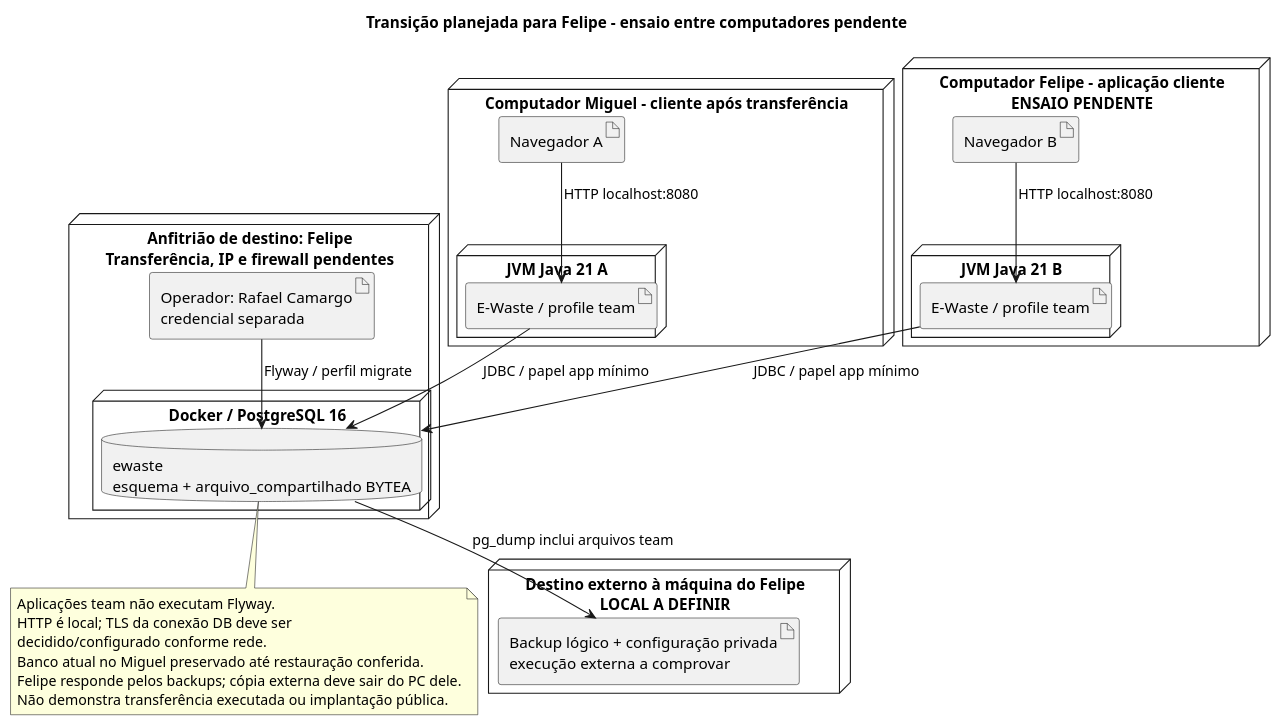
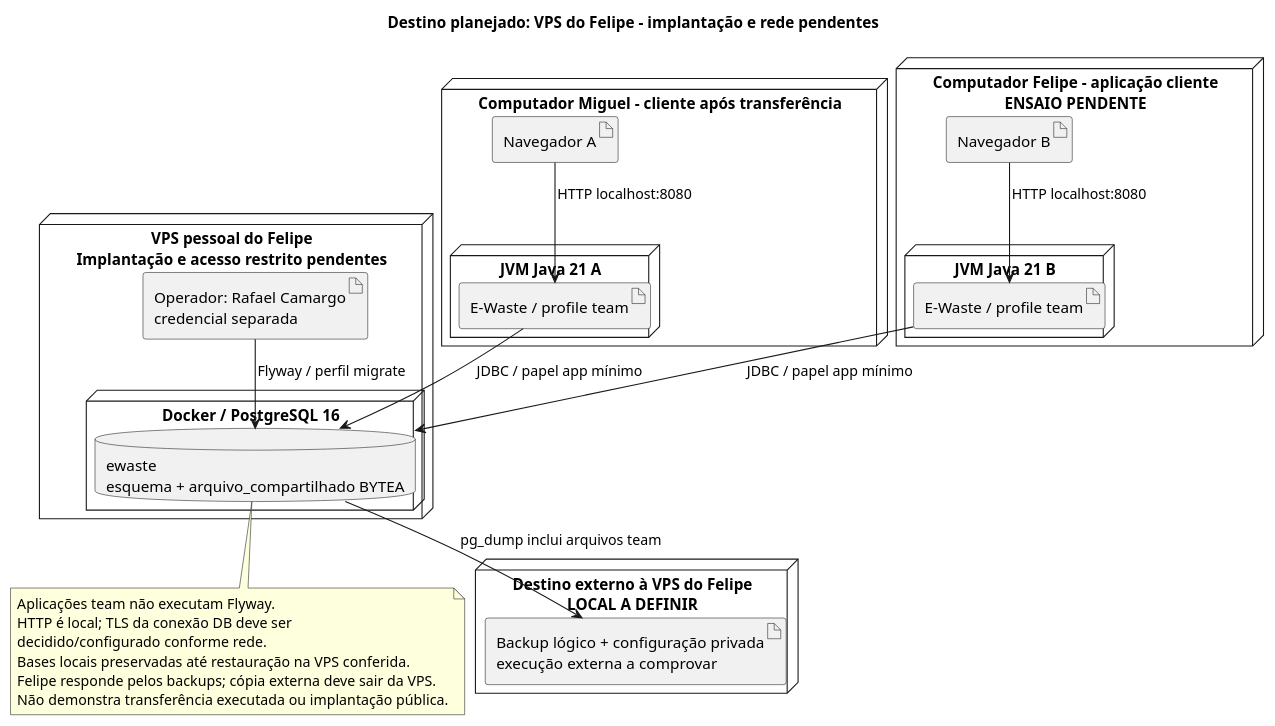
The diagram in docs/uml/implantacao.puml (mmsxdev/plataforma-ewaste), drawn with PlantUML before and after one commit. The commit also changed 54 other files, not shown here.

Commit message:
docs(design): atualiza homologação, UML e revisão ABNT

```diff
--- a/docs/uml/implantacao.puml
+++ b/docs/uml/implantacao.puml
@@ -1,39 +1,39 @@
 @startuml
 !pragma layout smetana
-title Transição planejada para Felipe - ensaio entre computadores pendente
+title Destino planejado: VPS do Felipe - implantação e rede pendentes
 node "Computador Miguel - cliente após transferência" as A {
   artifact "Navegador A" as BA
   node "JVM Java 21 A" {
     artifact "E-Waste / profile team" as AppA
   }
 }
 node "Computador Felipe - aplicação cliente\nENSAIO PENDENTE" as B {
   artifact "Navegador B" as BB
   node "JVM Java 21 B" {
     artifact "E-Waste / profile team" as AppB
   }
 }
-node "Anfitrião de destino: Felipe\nTransferência, IP e firewall pendentes" as Host {
+node "VPS pessoal do Felipe\nImplantação e acesso restrito pendentes" as Host {
   node "Docker / PostgreSQL 16" {
     database "ewaste\nesquema + arquivo_compartilhado BYTEA" as Banco
   }
   artifact "Operador: Rafael Camargo\ncredencial separada" as Op
 }
-node "Destino externo à máquina do Felipe\nLOCAL A DEFINIR" {
+node "Destino externo à VPS do Felipe\nLOCAL A DEFINIR" {
   artifact "Backup lógico + configuração privada\nexecução externa a comprovar" as Backup
 }
 BA --> AppA : HTTP localhost:8080
 BB --> AppB : HTTP localhost:8080
 AppA --> Banco : JDBC / papel app mínimo
 AppB --> Banco : JDBC / papel app mínimo
 Op --> Banco : Flyway / perfil migrate
 Banco --> Backup : pg_dump inclui arquivos team
 note bottom of Banco
 Aplicações team não executam Flyway.
 HTTP é local; TLS da conexão DB deve ser
 decidido/configurado conforme rede.
-Banco atual no Miguel preservado até restauração conferida.
-Felipe responde pelos backups; cópia externa deve sair do PC dele.
+Bases locais preservadas até restauração na VPS conferida.
+Felipe responde pelos backups; cópia externa deve sair da VPS.
 Não demonstra transferência executada ou implantação pública.
 end note
 @enduml
```
